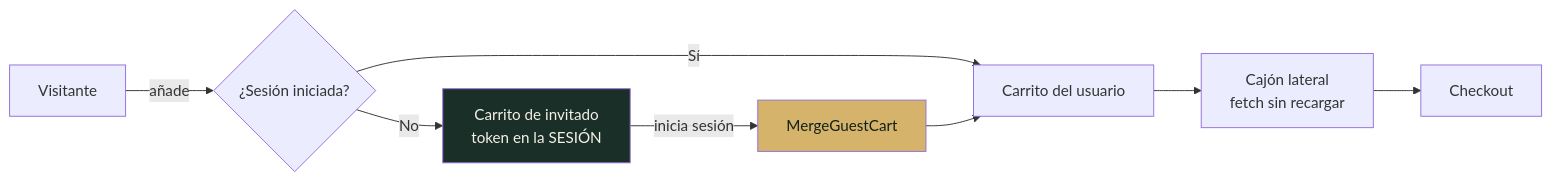
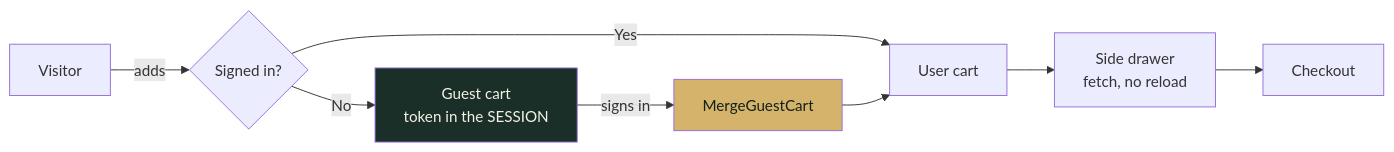
One commit to Zoel-Manchon/elitewear-xi changed the fifth of 7 diagrams in README.md. Above: the diagram before and after it, drawn with Mermaid. The commit also changed other lines of this file, not shown here.

````diff
--- a/README.md
+++ b/README.md
@@ -353,13 +346,13 @@
 ```mermaid
 flowchart LR
-    A[Visitante] -->|añade| B{¿Sesión iniciada?}
-    B -->|No| C[Carrito de invitado<br/>token en la SESIÓN]
-    B -->|Sí| D[Carrito del usuario]
-    C -->|inicia sesión| E[MergeGuestCart]
+    A[Visitor] -->|adds| B{Signed in?}
+    B -->|No| C[Guest cart<br/>token in the SESSION]
+    B -->|Yes| D[User cart]
+    C -->|signs in| E[MergeGuestCart]
     E --> D
-    D --> F[Cajón lateral<br/>fetch sin recargar]
+    D --> F[Side drawer<br/>fetch, no reload]
     F --> G[Checkout]
 
     style C fill:#1a2f27,color:#f4f1e8
     style E fill:#d6b36a,color:#12201a
 ```
````
